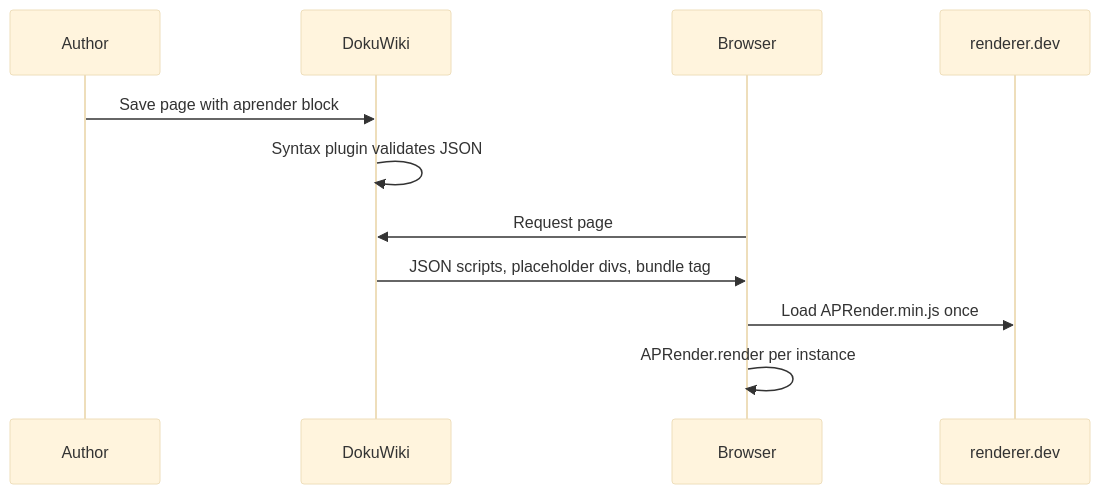
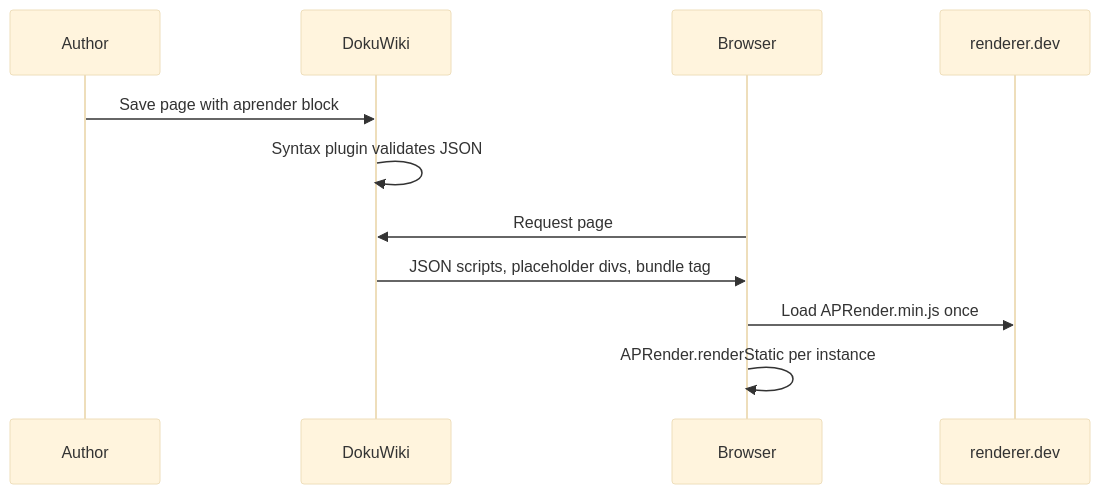
One commit to AbstractPlay/renderer changed the diagram in contrib/dokuwiki-plugin-aprender/README.md. Above: the diagram before and after it, drawn with Mermaid (base theme). The commit also changed other lines of this file and 1 other file, not shown here.

Commit message:
Fix dokuwiki bundle to respect prefix properly

````diff
--- a/contrib/dokuwiki-plugin-aprender/README.md
+++ b/contrib/dokuwiki-plugin-aprender/README.md
@@ -209,14 +209,14 @@
 ```mermaid
 sequenceDiagram
     participant Author
     participant DokuWiki
     participant Browser
     participant CDN as renderer.dev
 
     Author->>DokuWiki: Save page with aprender block
     DokuWiki->>DokuWiki: Syntax plugin validates JSON
     Browser->>DokuWiki: Request page
     DokuWiki->>Browser: JSON scripts, placeholder divs, bundle tag
     Browser->>CDN: Load APRender.min.js once
-    Browser->>Browser: APRender.render per instance
+    Browser->>Browser: APRender.renderStatic per instance
 ```
````
